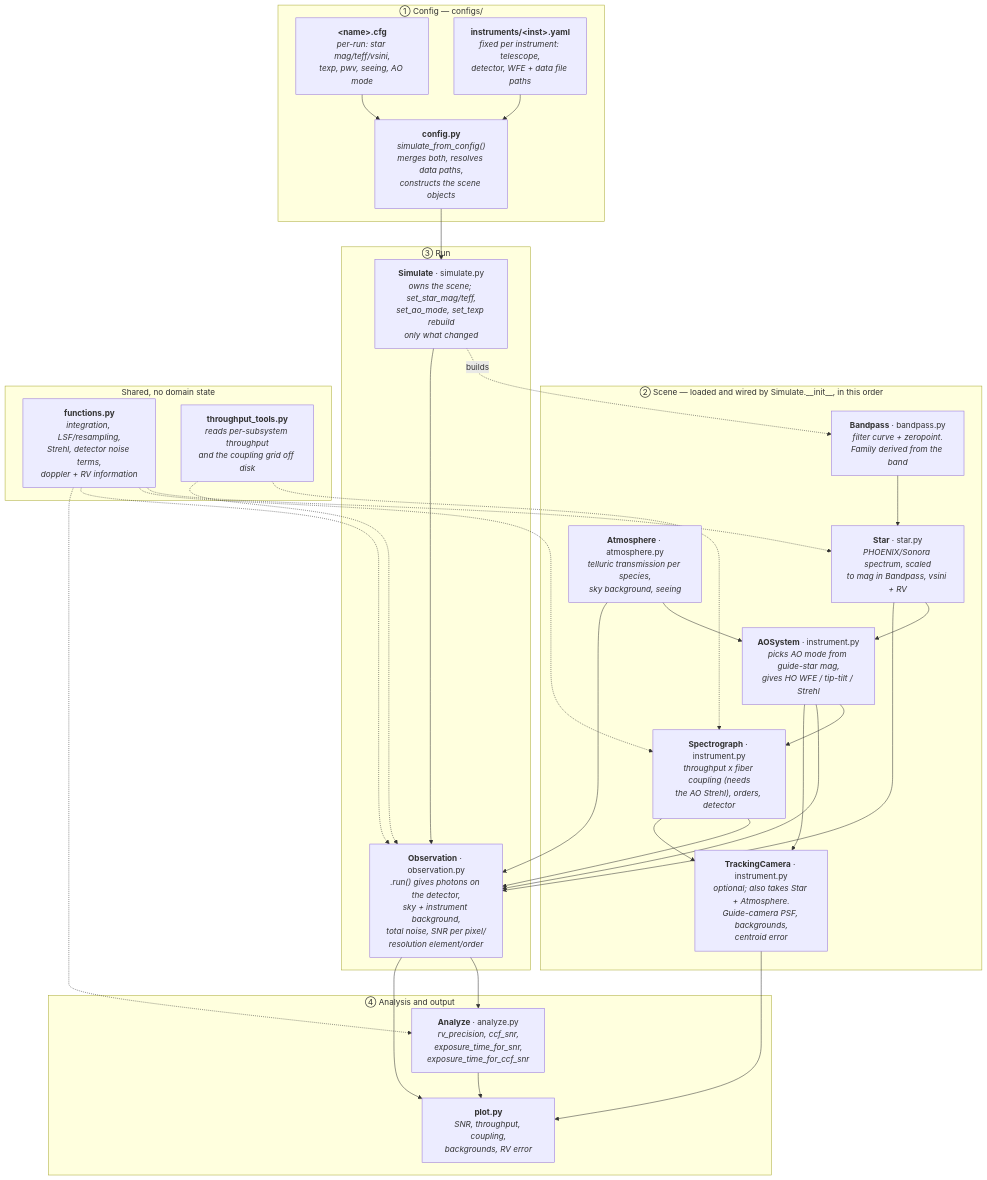
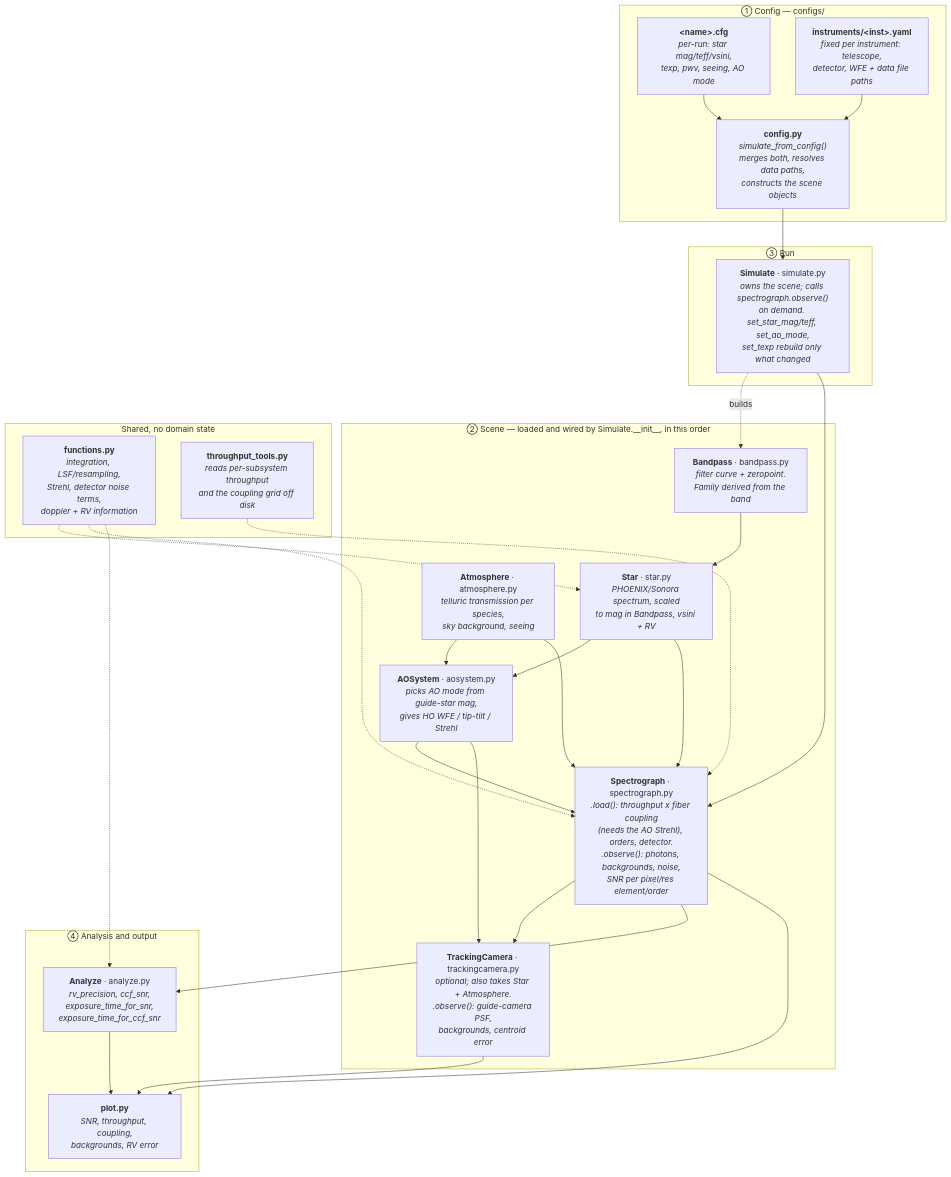
One commit to ashbake/specsim changed the diagram in README.md. Above: the diagram before and after it, drawn with Mermaid. The commit also changed other lines of this file and 15 other files, not shown here.

````diff
--- a/README.md
+++ b/README.md
@@ -125,61 +125,56 @@
 ```mermaid
 flowchart TD
     subgraph CFG ["① Config — configs/"]
         USERCFG["<b>&lt;name&gt;.cfg</b><br/><i>per-run: star mag/teff/vsini,<br/>texp, pwv, seeing, AO mode</i>"]
         INSTYAML["<b>instruments/&lt;inst&gt;.yaml</b><br/><i>fixed per instrument: telescope,<br/>detector, WFE + data file paths</i>"]
         CONFIG["<b>config.py</b><br/><i>simulate_from_config()<br/>merges both, resolves data paths,<br/>constructs the scene objects</i>"]
     end
 
     subgraph SCENE ["② Scene — loaded and wired by Simulate.__init__, in this order"]
         BP["<b>Bandpass</b> · bandpass.py<br/><i>filter curve + zeropoint.<br/>Family derived from the band</i>"]
         STAR["<b>Star</b> · star.py<br/><i>PHOENIX/Sonora spectrum, scaled<br/>to mag in Bandpass, vsini + RV</i>"]
         ATM["<b>Atmosphere</b> · atmosphere.py<br/><i>telluric transmission per species,<br/>sky background, seeing</i>"]
-        AO["<b>AOSystem</b> · instrument.py<br/><i>picks AO mode from guide-star mag,<br/>gives HO WFE / tip-tilt / Strehl</i>"]
-        SPEC["<b>Spectrograph</b> · instrument.py<br/><i>throughput x fiber coupling (needs<br/>the AO Strehl), orders, detector</i>"]
-        TRACK["<b>TrackingCamera</b> · instrument.py<br/><i>optional; also takes Star + Atmosphere.<br/>Guide-camera PSF, backgrounds,<br/>centroid error</i>"]
+        AO["<b>AOSystem</b> · aosystem.py<br/><i>picks AO mode from guide-star mag,<br/>gives HO WFE / tip-tilt / Strehl</i>"]
+        SPEC["<b>Spectrograph</b> · spectrograph.py<br/><i>.load(): throughput x fiber coupling<br/>(needs the AO Strehl), orders, detector.<br/>.observe(): photons, backgrounds, noise,<br/>SNR per pixel/res element/order</i>"]
+        TRACK["<b>TrackingCamera</b> · trackingcamera.py<br/><i>optional; also takes Star + Atmosphere.<br/>.observe(): guide-camera PSF,<br/>backgrounds, centroid error</i>"]
     end
 
     subgraph RUN ["③ Run"]
-        SIM["<b>Simulate</b> · simulate.py<br/><i>owns the scene; set_star_mag/teff,<br/>set_ao_mode, set_texp rebuild<br/>only what changed</i>"]
-        OBS["<b>Observation</b> · observation.py<br/><i>.run() gives photons on the detector,<br/>sky + instrument background,<br/>total noise, SNR per pixel/<br/>resolution element/order</i>"]
+        SIM["<b>Simulate</b> · simulate.py<br/><i>owns the scene; calls spectrograph.observe()<br/>on demand. set_star_mag/teff, set_ao_mode,<br/>set_texp rebuild only what changed</i>"]
     end
 
     subgraph OUT ["④ Analysis and output"]
         ANA["<b>Analyze</b> · analyze.py<br/><i>rv_precision, ccf_snr,<br/>exposure_time_for_snr,<br/>exposure_time_for_ccf_snr</i>"]
         PLOT["<b>plot.py</b><br/><i>SNR, throughput, coupling,<br/>backgrounds, RV error</i>"]
     end
 
     subgraph SHARED ["Shared, no domain state"]
         FUNC["<b>functions.py</b><br/><i>integration, LSF/resampling,<br/>Strehl, detector noise terms,<br/>doppler + RV information</i>"]
         THRU["<b>throughput_tools.py</b><br/><i>reads per-subsystem throughput<br/>and the coupling grid off disk</i>"]
     end
 
     USERCFG --> CONFIG
     INSTYAML --> CONFIG
     CONFIG --> SIM
 
     SIM -.builds.-> BP
     BP --> STAR
     STAR --> AO
     ATM --> AO
     AO --> SPEC
-    SPEC --> OBS
-    STAR --> OBS
-    ATM --> OBS
-    AO --> OBS
+    STAR --> SPEC
+    ATM --> SPEC
     AO --> TRACK
     SPEC --> TRACK
 
-    SIM --> OBS
-    OBS --> ANA
-    OBS --> PLOT
+    SIM --> SPEC
+    SPEC --> ANA
+    SPEC --> PLOT
     ANA --> PLOT
     TRACK --> PLOT
 
     FUNC -.-> STAR
     FUNC -.-> SPEC
-    FUNC -.-> OBS
     FUNC -.-> ANA
     THRU -.-> SPEC
-    THRU -.-> OBS
 ```
````
